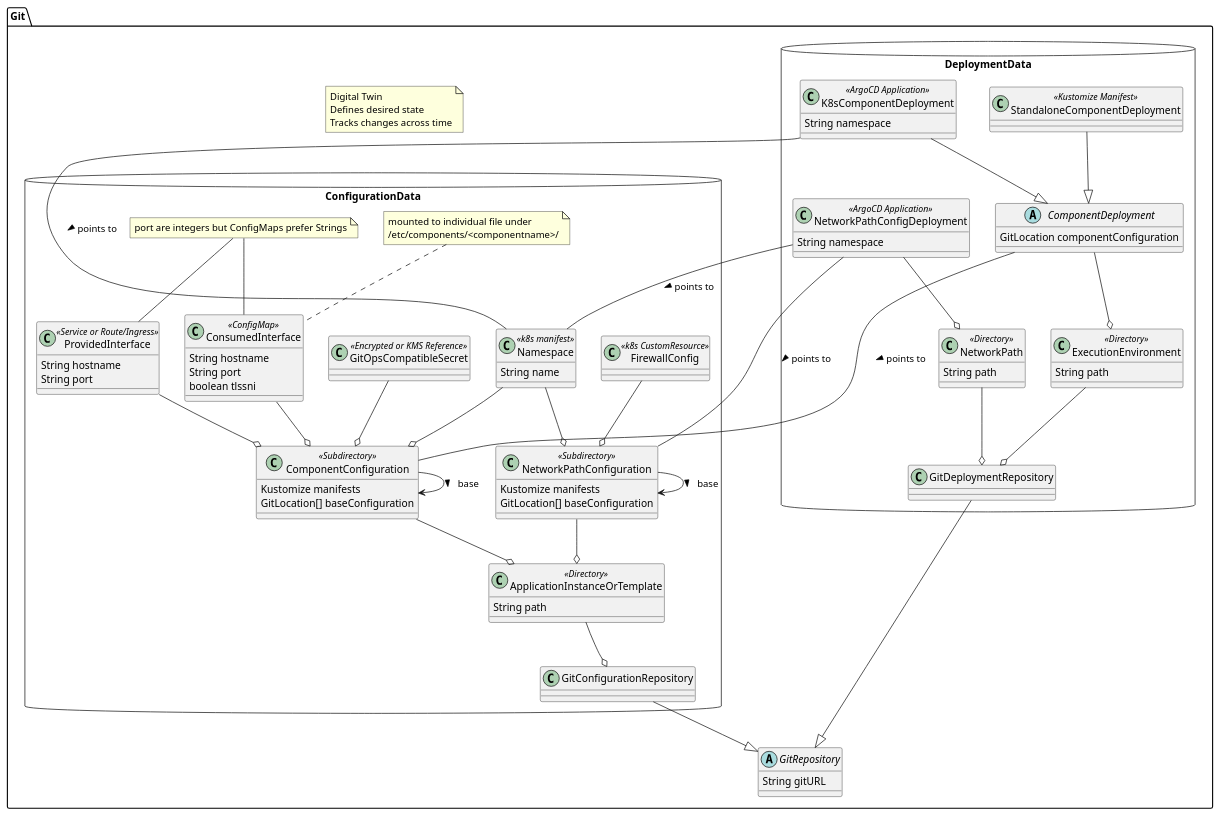
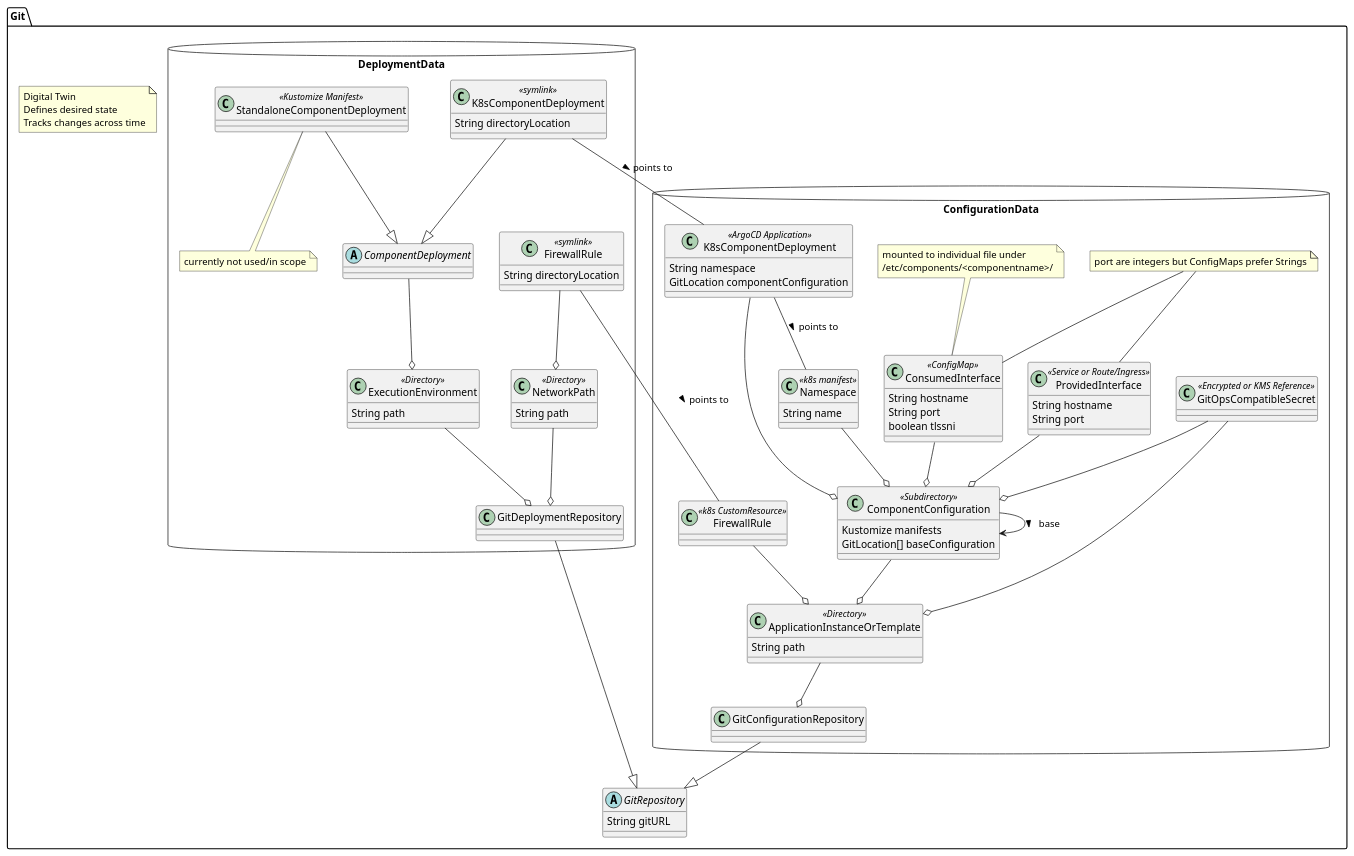
The diagram in docs/architecture/metamodel.git.plantuml (sa-mw-dach/manuela), drawn with PlantUML before and after one commit. The commit also changed 3 other files, not shown here.

```diff
--- a/docs/architecture/metamodel.git.plantuml
+++ b/docs/architecture/metamodel.git.plantuml
@@ -1,105 +1,106 @@
 @startuml
 namespace Git {
     note "Digital Twin\nDefines desired state\nTracks changes across time" as notedigitaltwin
     'Git.ConfigurationData .up. notedigitaltwin
     'Git.DeploymentData .left. notedigitaltwin
 
     abstract class GitRepository
     GitRepository : String gitURL
 
     namespace DeploymentData <<Database>> {
-        class K8sComponentDeployment <<ArgoCD Application>>
-        K8sComponentDeployment : String namespace
+        class K8sComponentDeployment <<symlink>>
+        K8sComponentDeployment : String directoryLocation
+
 
         class StandaloneComponentDeployment <<Kustomize Manifest>>
+        note bottom of StandaloneComponentDeployment: currently not used/in scope
 
         abstract class ComponentDeployment
-        ComponentDeployment : GitLocation componentConfiguration
 
-        class NetworkPathConfigDeployment <<ArgoCD Application>>
-        NetworkPathConfigDeployment : String namespace
+        class FirewallRule <<symlink>>
+        FirewallRule : String directoryLocation
 
         class ExecutionEnvironment <<Directory>>
         ExecutionEnvironment : String path
 
         class NetworkPath <<Directory>>
         NetworkPath : String path
 
         class GitDeploymentRepository
 
         K8sComponentDeployment --|> ComponentDeployment
         StandaloneComponentDeployment --|> ComponentDeployment
 
         ComponentDeployment --o ExecutionEnvironment 
         ExecutionEnvironment --o GitDeploymentRepository 
 
-        NetworkPathConfigDeployment --o NetworkPath
+        FirewallRule --o NetworkPath
         NetworkPath --o GitDeploymentRepository
     } 
 
     namespace ConfigurationData <<Database>> {
         class ComponentConfiguration <<Subdirectory>>
         ComponentConfiguration : Kustomize manifests
         ComponentConfiguration : GitLocation[] baseConfiguration
         ComponentConfiguration --> ComponentConfiguration : base >
 
         class Namespace <<k8s manifest>>
         Namespace : String name
 
         class ProvidedInterface <<Service or Route/Ingress>>
         ProvidedInterface : String hostname
         ProvidedInterface : String port
 
         class ConsumedInterface <<ConfigMap>>
         ConsumedInterface : String hostname
         ConsumedInterface : String port
         ConsumedInterface : boolean tlssni
 
         note top of ConsumedInterface: mounted to individual file under\n/etc/components/<componentname>/
         note "port are integers but ConfigMaps prefer Strings" as noteintasstring
         noteintasstring -- ConsumedInterface 
         noteintasstring -- ProvidedInterface
 
         class GitOpsCompatibleSecret <<Encrypted or KMS Reference>>
 
-        class NetworkPathConfiguration <<Subdirectory>>
-        NetworkPathConfiguration : Kustomize manifests
-        NetworkPathConfiguration : GitLocation[] baseConfiguration
-        NetworkPathConfiguration --> NetworkPathConfiguration : base >
+        class K8sComponentDeployment <<ArgoCD Application>>
+        K8sComponentDeployment : String namespace
+        K8sComponentDeployment : GitLocation componentConfiguration
 
-        class FirewallConfig <<k8s CustomResource>>
+        class FirewallRule <<k8s CustomResource>>
 
         class ApplicationInstanceOrTemplate <<Directory>>
         ApplicationInstanceOrTemplate : String path
 
         class GitConfigurationRepository
 
+        ComponentConfiguration --o ApplicationInstanceOrTemplate 
+        FirewallRule --o ApplicationInstanceOrTemplate
+        
+        K8sComponentDeployment --o ComponentConfiguration 
         "Namespace" --o ComponentConfiguration
-        "Namespace" --o NetworkPathConfiguration
-
-        ComponentConfiguration --o ApplicationInstanceOrTemplate 
-        NetworkPathConfiguration --o ApplicationInstanceOrTemplate 
-        FirewallConfig --o NetworkPathConfiguration
-        
         GitOpsCompatibleSecret --o ComponentConfiguration 
         ProvidedInterface --o ComponentConfiguration
         ConsumedInterface --o ComponentConfiguration
 
+        GitOpsCompatibleSecret --o ApplicationInstanceOrTemplate 
         ApplicationInstanceOrTemplate --o GitConfigurationRepository
+
+        K8sComponentDeployment -- Namespace : points to >
+
 
 '        note "these are deployment specific -\nshouldn't they be deployment data?" as notedeploymentspecific
 '        notedeploymentspecific -- ConsumedInterface
 '        notedeploymentspecific -- ProvidedInterface
 
     }
 
     Git.DeploymentData.GitDeploymentRepository --|> GitRepository 
     Git.ConfigurationData.GitConfigurationRepository --|> GitRepository
-    Git.DeploymentData.ComponentDeployment -- Git.ConfigurationData.ComponentConfiguration : points to >
-    Git.DeploymentData.NetworkPathConfigDeployment -- Git.ConfigurationData.NetworkPathConfiguration : points to >
+'    Git.DeploymentData.ComponentDeployment -- Git.ConfigurationData.ComponentConfiguration : points to >
+    Git.DeploymentData.FirewallRule -- Git.ConfigurationData.FirewallRule : points to >
 
-    Git.DeploymentData.K8sComponentDeployment -- Git.ConfigurationData.Namespace : points to >
-    Git.DeploymentData.NetworkPathConfigDeployment --  Git.ConfigurationData.Namespace : points to >
+    Git.DeploymentData.K8sComponentDeployment -- Git.ConfigurationData.K8sComponentDeployment : points to >
 
 }
 @enduml
```
